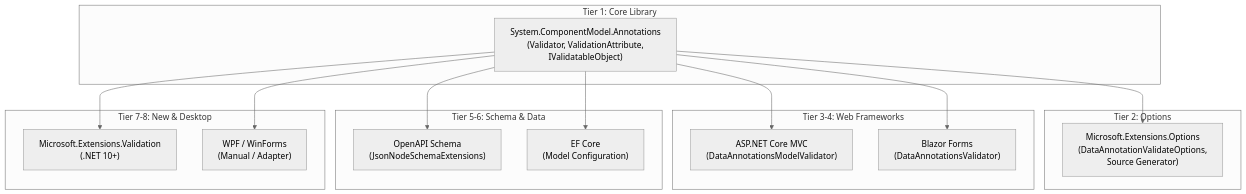
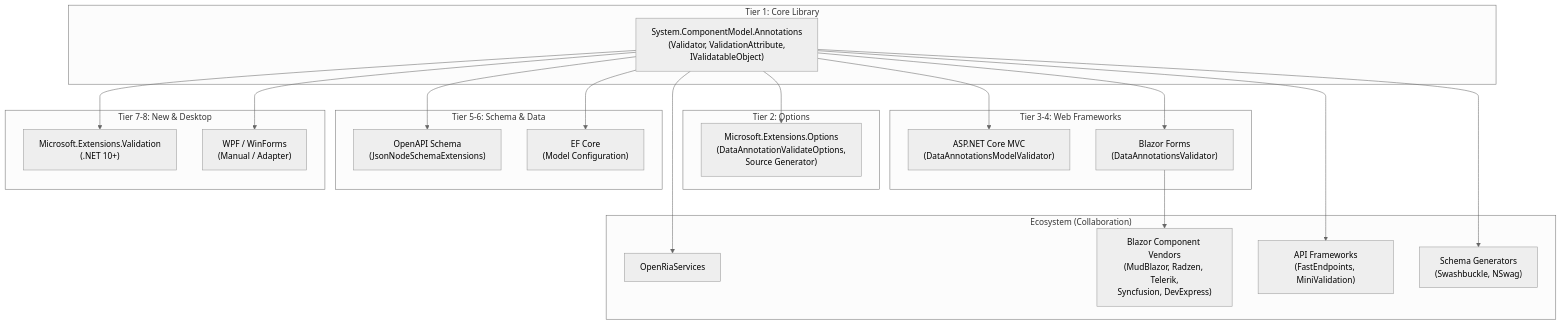
Before and after one commit to jeffhandley/dataannotations-validation: the diagram in appendix-a-integration-points.md, drawn with Mermaid (neutral theme). The commit also changed other lines of this file, not shown here.

First line of the commit message:
Add ecosystem integration points to Appendix A

````diff
--- a/appendix-a-integration-points.md
+++ b/appendix-a-integration-points.md
@@ -11,33 +11,44 @@
 ```mermaid
 graph TB
     subgraph "Tier 1: Core Library"
         Core["System.ComponentModel.Annotations\n(Validator, ValidationAttribute,\nIValidatableObject)"]
     end
 
     subgraph "Tier 2: Options"
         Options["Microsoft.Extensions.Options\n(DataAnnotationValidateOptions,\nSource Generator)"]
     end
 
     subgraph "Tier 3-4: Web Frameworks"
         MVC["ASP.NET Core MVC\n(DataAnnotationsModelValidator)"]
         Blazor["Blazor Forms\n(DataAnnotationsValidator)"]
     end
 
     subgraph "Tier 5-6: Schema & Data"
         OpenAPI["OpenAPI Schema\n(JsonNodeSchemaExtensions)"]
         EF["EF Core\n(Model Configuration)"]
     end
 
     subgraph "Tier 7-8: New & Desktop"
         ExtVal["Microsoft.Extensions.Validation\n(.NET 10+)"]
         WPF["WPF / WinForms\n(Manual / Adapter)"]
     end
 
+    subgraph "Ecosystem (Collaboration)"
+        OpenRIA["OpenRiaServices"]
+        BlazorUI["Blazor Component Vendors\n(MudBlazor, Radzen, Telerik,\nSyncfusion, DevExpress)"]
+        APIFrameworks["API Frameworks\n(FastEndpoints, MiniValidation)"]
+        SchemaGen["Schema Generators\n(Swashbuckle, NSwag)"]
+    end
+
     Core --> Options
     Core --> MVC
     Core --> Blazor
     Core --> OpenAPI
     Core --> EF
     Core --> ExtVal
     Core --> WPF
+    Core --> OpenRIA
+    Blazor --> BlazorUI
+    Core --> APIFrameworks
+    Core --> SchemaGen
 ```
````
